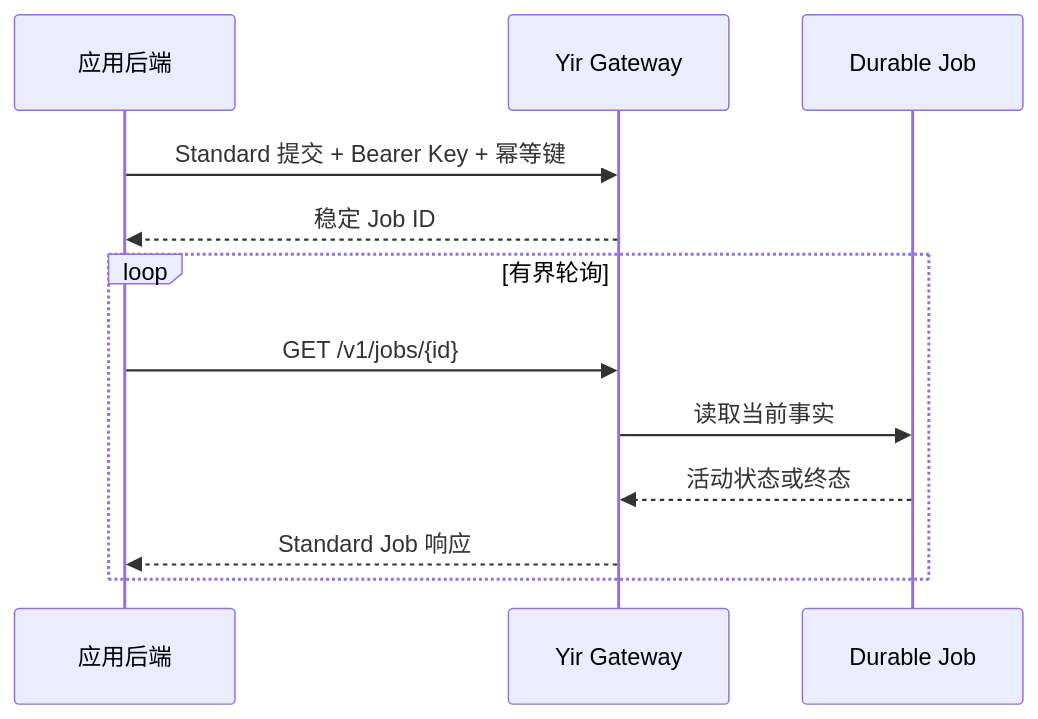
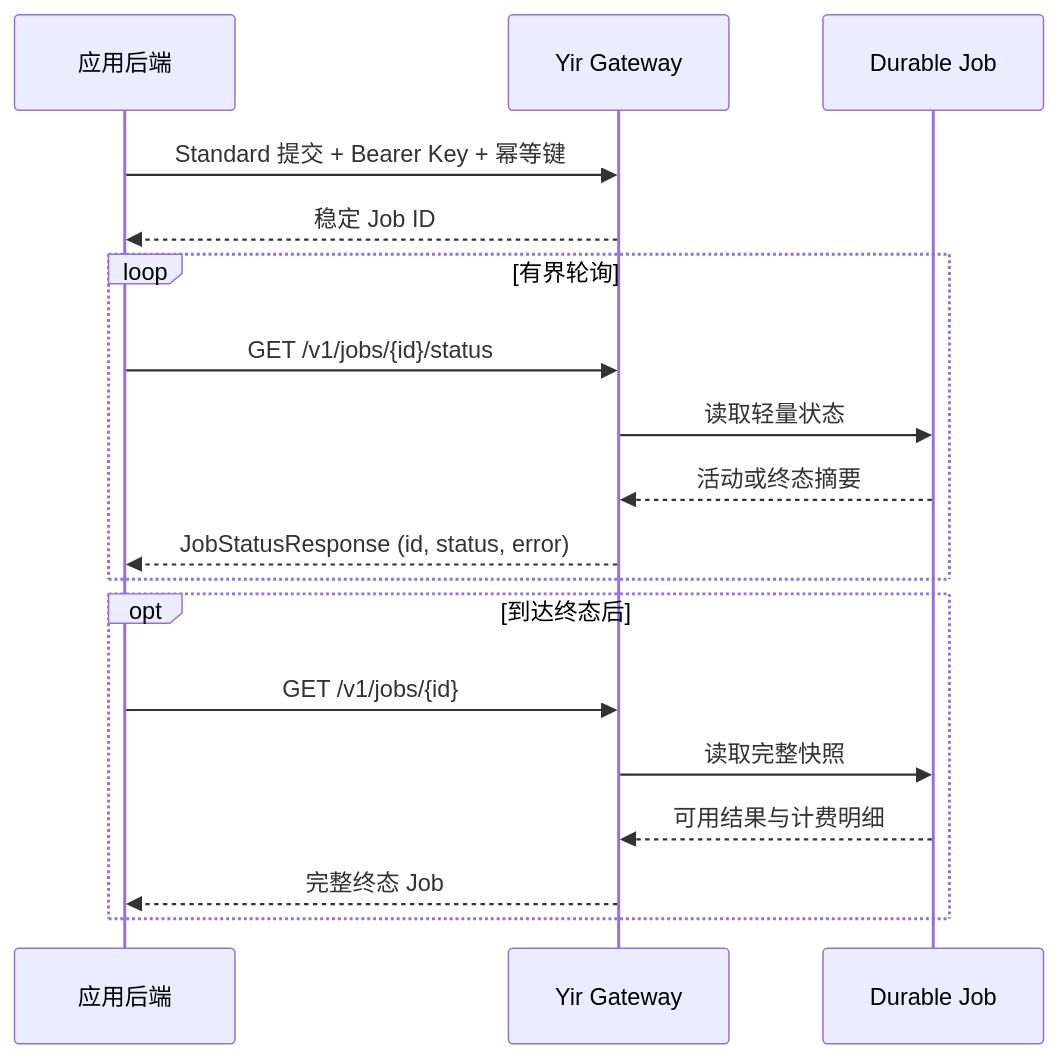
Before and after one commit to yir-ai/docs: the diagram in docs/zh/guides/production-integration.mdx, drawn with Mermaid. The commit also changed other lines of this file and 9 other files, not shown here.

Commit message:
docs(jobs): document lightweight status polling and recovery

````diff
--- a/docs/zh/guides/production-integration.mdx
+++ b/docs/zh/guides/production-integration.mdx
@@ -105,14 +105,20 @@
 ```mermaid
 sequenceDiagram
   participant App as 应用后端
   participant Yir as Yir Gateway
   participant Job as Durable Job
   App->>Yir: Standard 提交 + Bearer Key + 幂等键
   Yir-->>App: 稳定 Job ID
   loop 有界轮询
+    App->>Yir: GET /v1/jobs/{id}/status
+    Yir->>Job: 读取轻量状态
+    Job-->>Yir: 活动或终态摘要
+    Yir-->>App: JobStatusResponse (id, status, error)
+  end
+  opt 到达终态后
     App->>Yir: GET /v1/jobs/{id}
-    Yir->>Job: 读取当前事实
-    Job-->>Yir: 活动状态或终态
-    Yir-->>App: Standard Job 响应
+    Yir->>Job: 读取完整快照
+    Job-->>Yir: 可用结果与计费明细
+    Yir-->>App: 完整终态 Job
   end
 ```
````
